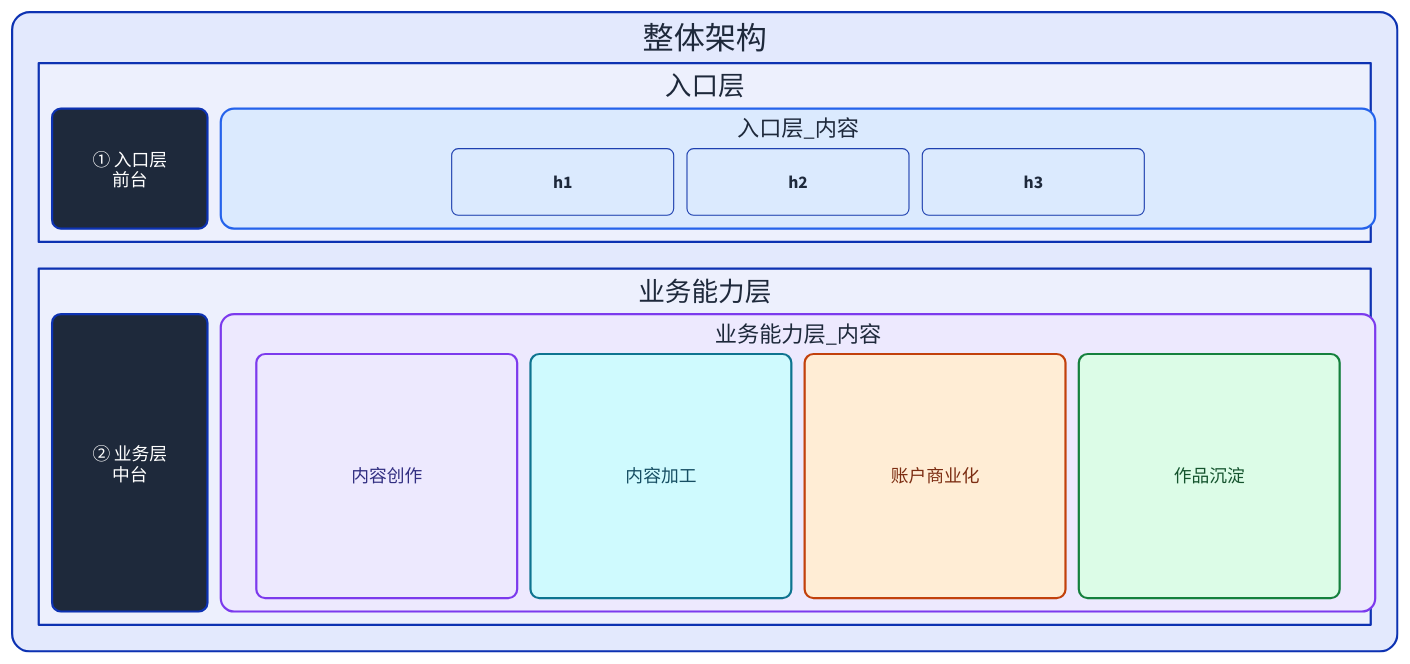
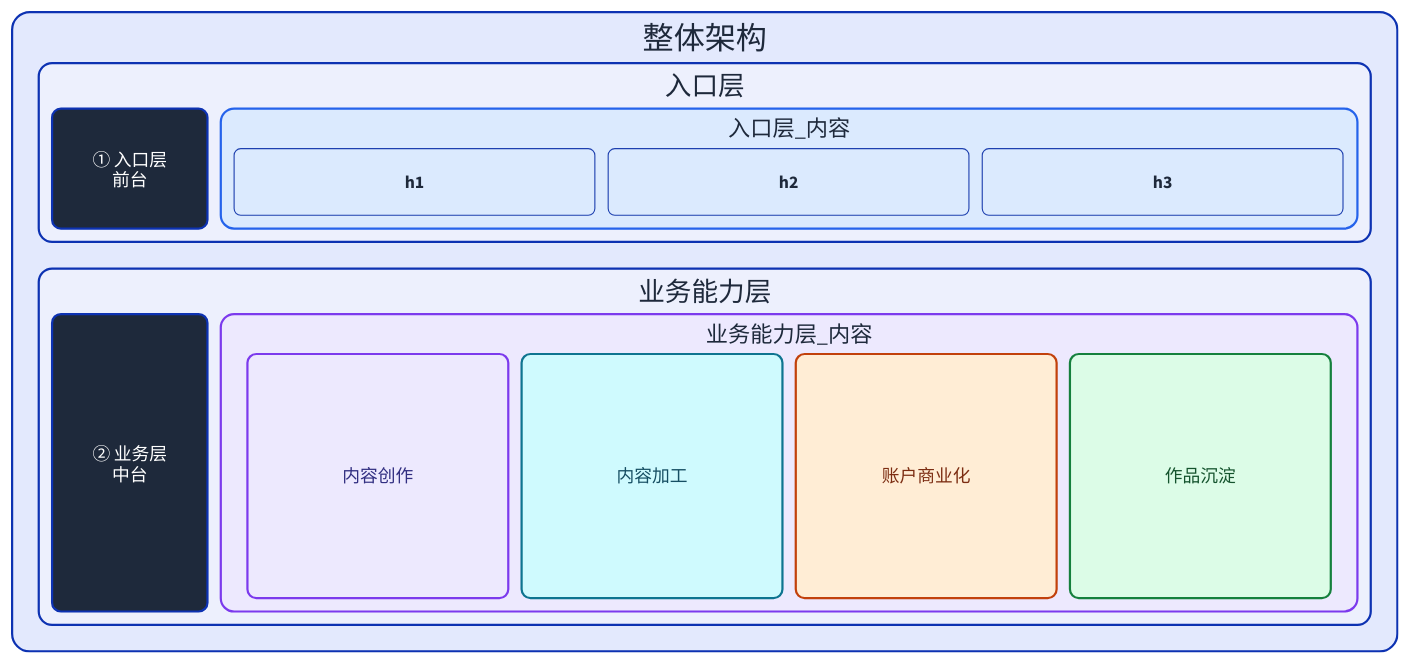
The fourth of 13 diagrams in skills/c4-container-diagram/SKILL.md (syllr/skills), drawn with D2 before and after one commit. The commit also changed other lines of this file, not shown here.

```diff
--- a/skills/c4-container-diagram/SKILL.md
+++ b/skills/c4-container-diagram/SKILL.md
@@ -446,6 +448,7 @@
     grid-columns: 2          # 左标签 + 右内容
     grid-gap: 12
     style.font-color: "#1e293b"
+    style.border-radius: 12
 
     入口层_标签: {
       width: 140
@@ -457,7 +460,7 @@
     }
 
     入口层_内容: {
-      width: 1040
+      width: 1024
       grid-rows: 1
       grid-columns: 3
       grid-gap: 12
@@ -466,9 +469,10 @@
       style.stroke: "#2563eb"
       style.stroke-width: 2
       style.border-radius: 12
-      h1: { width: 200; height: 60; class: module }
-      h2: { width: 200; height: 60; class: module }
-      h3: { width: 200; height: 60; class: module }
+      # width 按 §6.9 公式: (1024−24−2×12)/3 = 325
+      h1: { width: 325; height: 60; class: module }
+      h2: { width: 325; height: 60; class: module }
+      h3: { width: 325; height: 60; class: module }
     }
   }
 
@@ -477,6 +481,7 @@
     grid-columns: 2
     grid-gap: 12
     style.font-color: "#1e293b"
+    style.border-radius: 12
 
     业务能力层_标签: {
       width: 140
@@ -488,7 +493,7 @@
     }
 
     业务能力层_内容: {
-      width: 1040
+      width: 1024
       grid-rows: 1
       grid-columns: 4
       grid-gap: 12
@@ -497,6 +502,7 @@
       style.stroke: "#7c3aed"
       style.stroke-width: 2
       style.border-radius: 12
+      # 4 列 235 与 §5.1 保持一致（235×4+36=976 ≤ 1024−24，留白 12/侧；公式值 241 亦可）
       内容创作: { width: 235; height: 220; class: purpleCard }
       内容加工: { width: 235; height: 220; class: cyanCard }
       账户商业化: { width: 235; height: 220; class: orangeCard }
```
